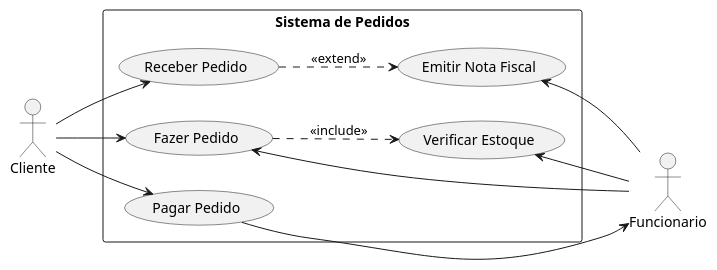
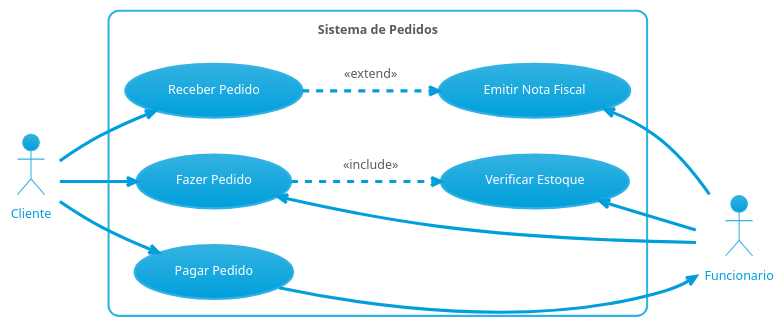
One commit to LeonardoVieiraGuimaraes/OrientacaoObjetos changed the diagram in UML/DiagramasComportamentais/CasoUso.puml. Above: the diagram before and after it, drawn with PlantUML. The commit also changed 14 other files, not shown here.

```diff
--- a/UML/DiagramasComportamentais/CasoUso.puml
+++ b/UML/DiagramasComportamentais/CasoUso.puml
@@ -1,27 +1,28 @@
 @startuml SistemaPedidos
+!theme bluegray
 actor Cliente
 actor "Funcionario"
 
 left to right direction
 rectangle "Sistema de Pedidos" {
     usecase "Fazer Pedido" as UC1
     usecase "Pagar Pedido" as UC2
     usecase "Receber Pedido" as UC3
     usecase "Verificar Estoque" as UC4
     usecase "Emitir Nota Fiscal" as UC5
     
 }
 
 Cliente --> UC1 
 Cliente --> UC2 
 UC2 --> Funcionario 
 UC1 <-- "Funcionario" 
 UC4 <-- "Funcionario" 
 UC5 <-- "Funcionario" 
 Cliente --> UC3 
 
 
 UC1 ..> UC4 : <<include>>
 UC3 ..> UC5 : <<extend>>
 
 @enduml
```
